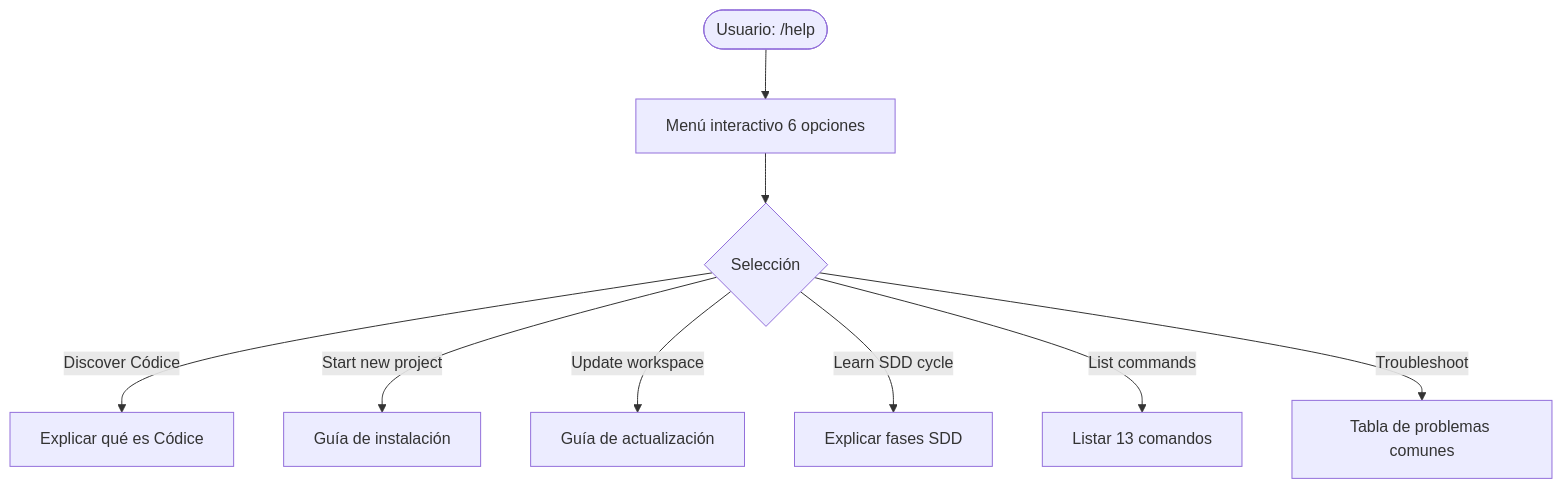
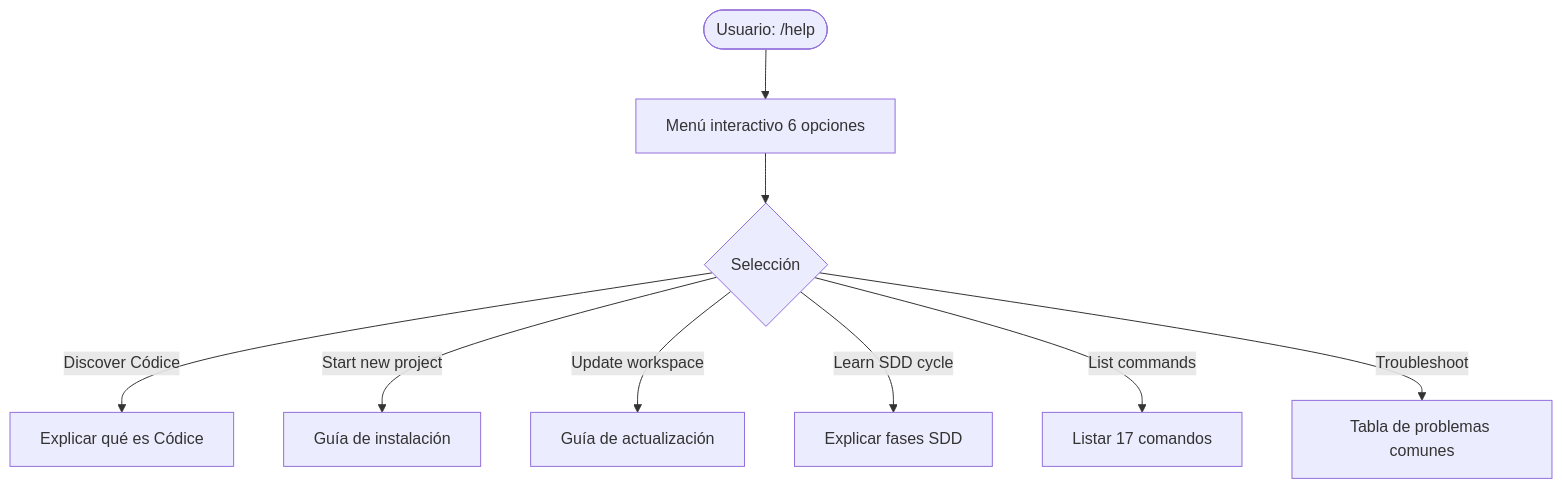
One commit to Fisherk2/codice-opencode changed the fifth of 9 diagrams in docs/APPFLOW.md. Above: the diagram before and after it, drawn with Mermaid. The commit also changed other lines of this file and 27 other files, not shown here.

````diff
--- a/docs/APPFLOW.md
+++ b/docs/APPFLOW.md
@@ -145,11 +145,11 @@
 ```mermaid
 graph TD
     A([Usuario: /help]) --> B[Menú interactivo 6 opciones]
     B --> C{Selección}
     C -- Discover Códice --> D[Explicar qué es Códice]
     C -- Start new project --> E[Guía de instalación]
     C -- Update workspace --> F[Guía de actualización]
     C -- Learn SDD cycle --> G[Explicar fases SDD]
-    C -- List commands --> H[Listar 13 comandos]
+    C -- List commands --> H[Listar 17 comandos]
     C -- Troubleshoot --> I[Tabla de problemas comunes]
 ```
````
